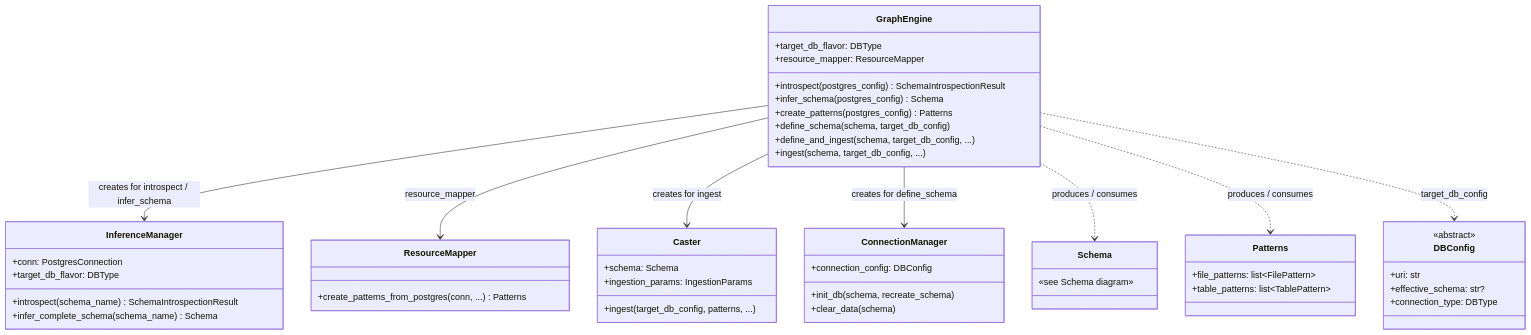
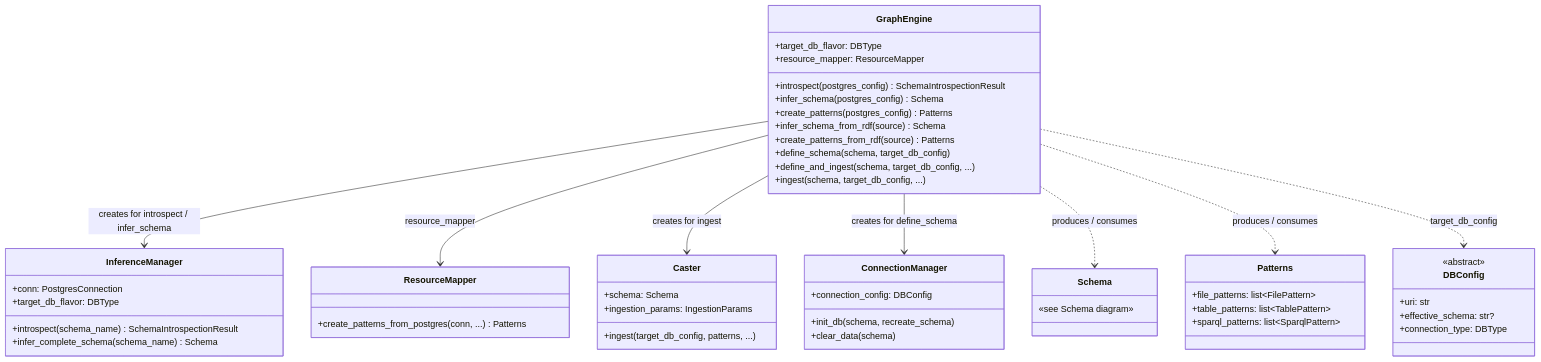
One commit to growgraph/graflo changed the second of 4 diagrams in docs/concepts/index.md. Above: the diagram before and after it, drawn with Mermaid. The commit also changed other lines of this file and 41 other files, not shown here.

````diff
--- a/docs/concepts/index.md
+++ b/docs/concepts/index.md
@@ -21,62 +66,65 @@
 ```mermaid
 classDiagram
     direction TB
 
     class GraphEngine {
         +target_db_flavor: DBType
         +resource_mapper: ResourceMapper
         +introspect(postgres_config) SchemaIntrospectionResult
         +infer_schema(postgres_config) Schema
         +create_patterns(postgres_config) Patterns
+        +infer_schema_from_rdf(source) Schema
+        +create_patterns_from_rdf(source) Patterns
         +define_schema(schema, target_db_config)
         +define_and_ingest(schema, target_db_config, ...)
         +ingest(schema, target_db_config, ...)
     }
 
     class InferenceManager {
         +conn: PostgresConnection
         +target_db_flavor: DBType
         +introspect(schema_name) SchemaIntrospectionResult
         +infer_complete_schema(schema_name) Schema
     }
 
     class ResourceMapper {
         +create_patterns_from_postgres(conn, ...) Patterns
     }
 
     class Caster {
         +schema: Schema
         +ingestion_params: IngestionParams
         +ingest(target_db_config, patterns, ...)
     }
 
     class ConnectionManager {
         +connection_config: DBConfig
         +init_db(schema, recreate_schema)
         +clear_data(schema)
     }
 
     class Schema {
         «see Schema diagram»
     }
 
     class Patterns {
         +file_patterns: list~FilePattern~
         +table_patterns: list~TablePattern~
+        +sparql_patterns: list~SparqlPattern~
     }
 
     class DBConfig {
         <<abstract>>
         +uri: str
         +effective_schema: str?
         +connection_type: DBType
     }
 
     GraphEngine --> InferenceManager : creates for introspect / infer_schema
     GraphEngine --> ResourceMapper : resource_mapper
     GraphEngine --> Caster : creates for ingest
     GraphEngine --> ConnectionManager : creates for define_schema
     GraphEngine ..> Schema : produces / consumes
     GraphEngine ..> Patterns : produces / consumes
     GraphEngine ..> DBConfig : target_db_config
 ```
````
